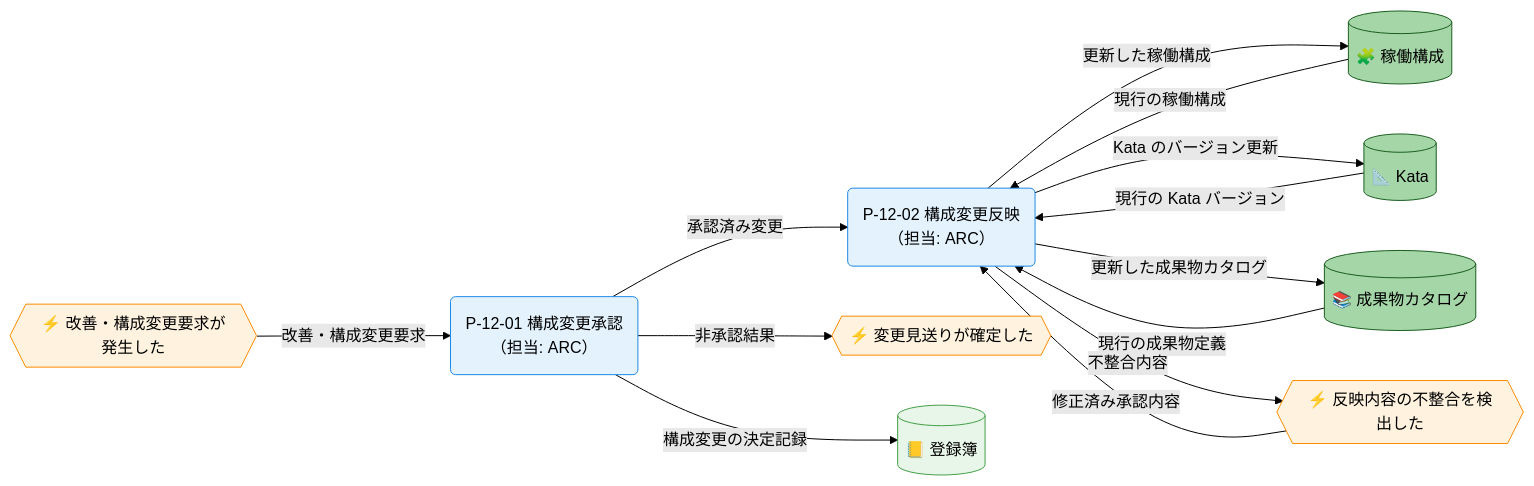
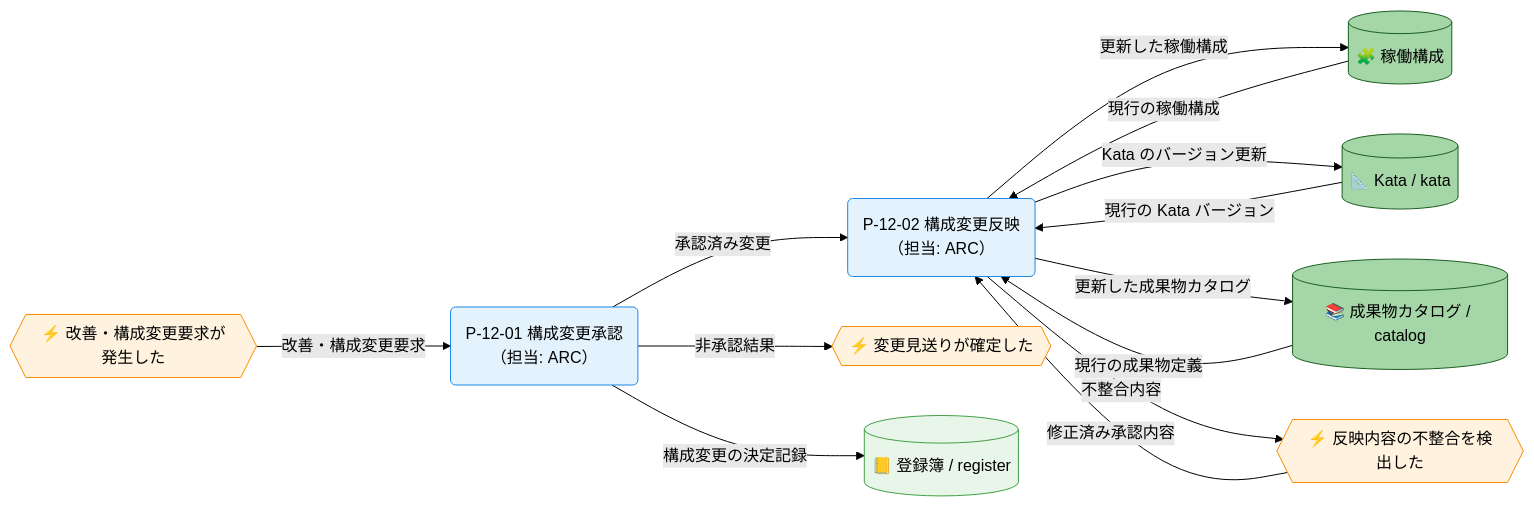
One commit to specdojo/specdojo changed the second of 3 diagrams in docs/ja/product/010-business-specs/010-data-flow/cdfd-action.md. Above: the diagram before and after it, drawn with Mermaid (forest theme). The commit also changed other lines of this file and 14 other files, not shown here.

````diff
--- a/docs/ja/product/010-business-specs/010-data-flow/cdfd-action.md
+++ b/docs/ja/product/010-business-specs/010-data-flow/cdfd-action.md
@@ -140,35 +140,35 @@
 ```mermaid
 flowchart LR
   classDef process fill:#e3f2fd,stroke:#1e88e5,color:#000
   classDef event fill:#fff3e0,stroke:#fb8c00,color:#000
   classDef storeMaster fill:#a5d6a7,stroke:#1b5e20,color:#000
   classDef storeTransaction fill:#e8f5e9,stroke:#43a047,color:#000
 
   変更要求{{"⚡ 改善・構成変更要求が発生した"}}
   構成変更承認("P-12-01 構成変更承認<br>（担当: ARC）")
   構成変更反映("P-12-02 構成変更反映<br>（担当: ARC）")
   変更見送り{{"⚡ 変更見送りが確定した"}}
   不整合{{"⚡ 反映内容の不整合を検出した"}}
   稼働構成[("🧩 稼働構成")]
-  Kata[("📐 Kata")]
-  成果物カタログ[("📚 成果物カタログ")]
-  登録簿[("📒 登録簿")]
+  Kata[("📐 Kata / kata")]
+  成果物カタログ[("📚 成果物カタログ / catalog")]
+  登録簿[("📒 登録簿 / register")]
 
   変更要求 -->|"改善・構成変更要求"| 構成変更承認
   構成変更承認 -->|"構成変更の決定記録"| 登録簿
   構成変更承認 -->|"承認済み変更"| 構成変更反映
   構成変更承認 -->|"非承認結果"| 変更見送り
   稼働構成 -->|"現行の稼働構成"| 構成変更反映
   Kata -->|"現行の Kata バージョン"| 構成変更反映
   成果物カタログ -->|"現行の成果物定義"| 構成変更反映
   構成変更反映 -->|"更新した稼働構成"| 稼働構成
   構成変更反映 -->|"Kata のバージョン更新"| Kata
   構成変更反映 -->|"更新した成果物カタログ"| 成果物カタログ
   構成変更反映 -->|"不整合内容"| 不整合
   不整合 -->|"修正済み承認内容"| 構成変更反映
 
   class 構成変更承認,構成変更反映 process
   class 変更要求,変更見送り,不整合 event
   class 稼働構成,Kata,成果物カタログ storeMaster
   class 登録簿 storeTransaction
 ```
````
